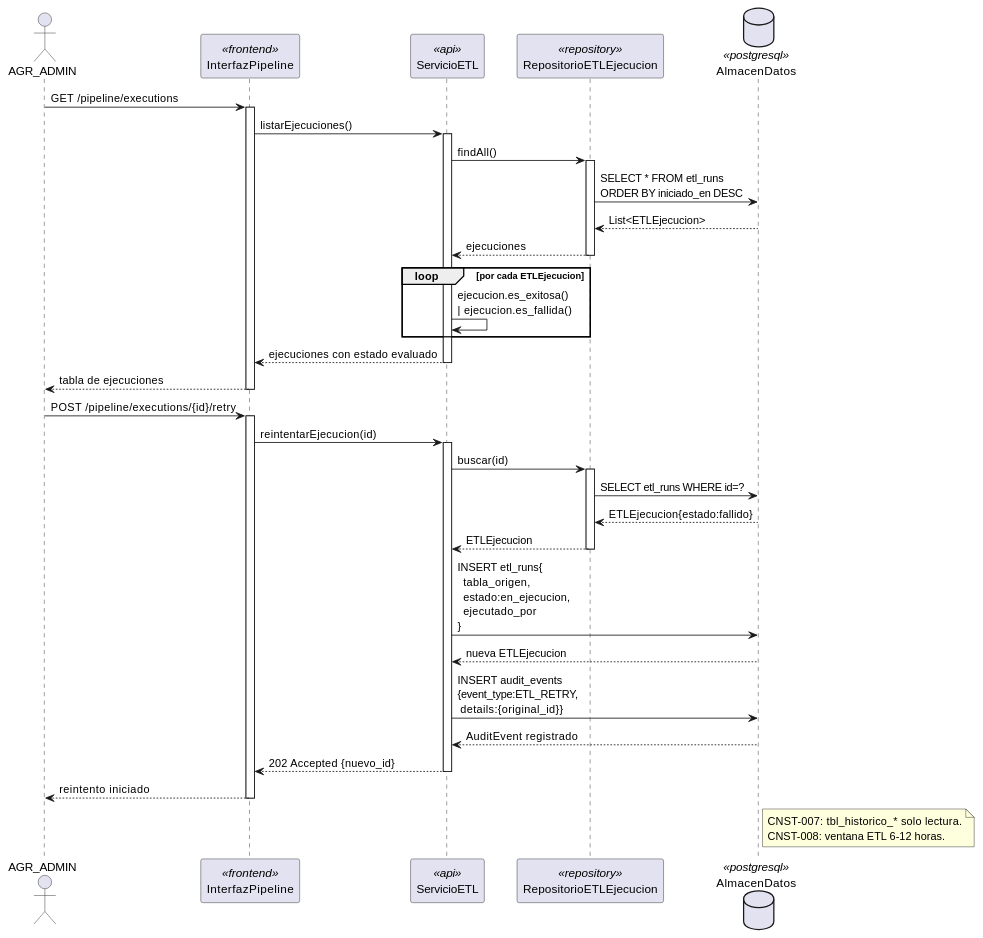
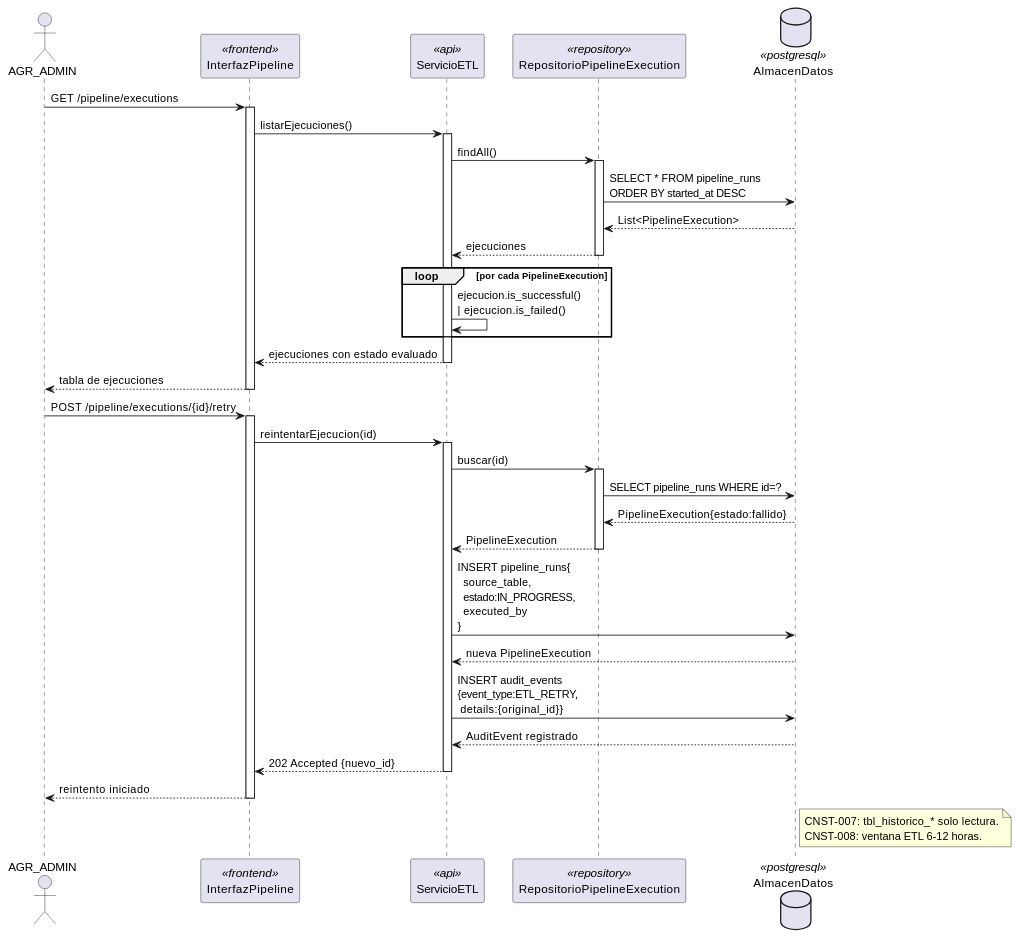
Before and after one commit to jcg-admin/IACT-docs: the diagram in source/arquitectura-tecnica/design-view/seq-pipeline.rst, drawn with PlantUML. The commit also changed other lines of this file and 96 other files, not shown here.

First line of the commit message:
Apply CNST-033: rename ETL→Pipeline in domain-model + sweep refs

```diff
--- a/source/arquitectura-tecnica/design-view/seq-pipeline.rst
+++ b/source/arquitectura-tecnica/design-view/seq-pipeline.rst
@@ -24,64 +24,64 @@
 .. uml::
  :caption: Design View MOD_Pipeline — supervision y reintento de pipeline ETL.
 
  @startuml
 
  actor AGR_ADMIN
 
  participant InterfazPipeline        <<frontend>>
  participant ServicioETL             <<api>>
- participant RepositorioETLEjecucion <<repository>>
+ participant RepositorioPipelineExecution <<repository>>
  database    AlmacenDatos            <<postgresql>>
 
  AGR_ADMIN -> InterfazPipeline : GET /pipeline/executions
  activate InterfazPipeline
 
  InterfazPipeline -> ServicioETL : listarEjecuciones()
  activate ServicioETL
 
- ServicioETL -> RepositorioETLEjecucion : findAll()
- activate RepositorioETLEjecucion
- RepositorioETLEjecucion -> AlmacenDatos : SELECT * FROM etl_runs\nORDER BY iniciado_en DESC
- AlmacenDatos --> RepositorioETLEjecucion : List<ETLEjecucion>
- RepositorioETLEjecucion --> ServicioETL : ejecuciones
- deactivate RepositorioETLEjecucion
+ ServicioETL -> RepositorioPipelineExecution : findAll()
+ activate RepositorioPipelineExecution
+ RepositorioPipelineExecution -> AlmacenDatos : SELECT * FROM pipeline_runs\nORDER BY started_at DESC
+ AlmacenDatos --> RepositorioPipelineExecution : List<PipelineExecution>
+ RepositorioPipelineExecution --> ServicioETL : ejecuciones
+ deactivate RepositorioPipelineExecution
 
- loop por cada ETLEjecucion
-   ServicioETL -> ServicioETL : ejecucion.es_exitosa()\n| ejecucion.es_fallida()
+ loop por cada PipelineExecution
+   ServicioETL -> ServicioETL : ejecucion.is_successful()\n| ejecucion.is_failed()
  end
 
  ServicioETL --> InterfazPipeline : ejecuciones con estado evaluado
  deactivate ServicioETL
  InterfazPipeline --> AGR_ADMIN : tabla de ejecuciones
  deactivate InterfazPipeline
 
  AGR_ADMIN -> InterfazPipeline : POST /pipeline/executions/{id}/retry
  activate InterfazPipeline
 
  InterfazPipeline -> ServicioETL : reintentarEjecucion(id)
  activate ServicioETL
 
- ServicioETL -> RepositorioETLEjecucion : buscar(id)
- activate RepositorioETLEjecucion
- RepositorioETLEjecucion -> AlmacenDatos : SELECT etl_runs WHERE id=?
- AlmacenDatos --> RepositorioETLEjecucion : ETLEjecucion{estado:fallido}
- RepositorioETLEjecucion --> ServicioETL : ETLEjecucion
- deactivate RepositorioETLEjecucion
+ ServicioETL -> RepositorioPipelineExecution : buscar(id)
+ activate RepositorioPipelineExecution
+ RepositorioPipelineExecution -> AlmacenDatos : SELECT pipeline_runs WHERE id=?
+ AlmacenDatos --> RepositorioPipelineExecution : PipelineExecution{estado:fallido}
+ RepositorioPipelineExecution --> ServicioETL : PipelineExecution
+ deactivate RepositorioPipelineExecution
 
- ServicioETL -> AlmacenDatos : INSERT etl_runs{\n  tabla_origen,\n  estado:en_ejecucion,\n  ejecutado_por\n}
- AlmacenDatos --> ServicioETL : nueva ETLEjecucion
+ ServicioETL -> AlmacenDatos : INSERT pipeline_runs{\n  source_table,\n  estado:IN_PROGRESS,\n  executed_by\n}
+ AlmacenDatos --> ServicioETL : nueva PipelineExecution
 
  ServicioETL -> AlmacenDatos : INSERT audit_events\n{event_type:ETL_RETRY,\n details:{original_id}}
  AlmacenDatos --> ServicioETL : AuditEvent registrado
 
  ServicioETL --> InterfazPipeline : 202 Accepted {nuevo_id}
  deactivate ServicioETL
  InterfazPipeline --> AGR_ADMIN : reintento iniciado
  deactivate InterfazPipeline
 
  note right of AlmacenDatos
    CNST-007: tbl_historico_* solo lectura.
    CNST-008: ventana ETL 6-12 horas.
  end note
 
  @enduml
```
